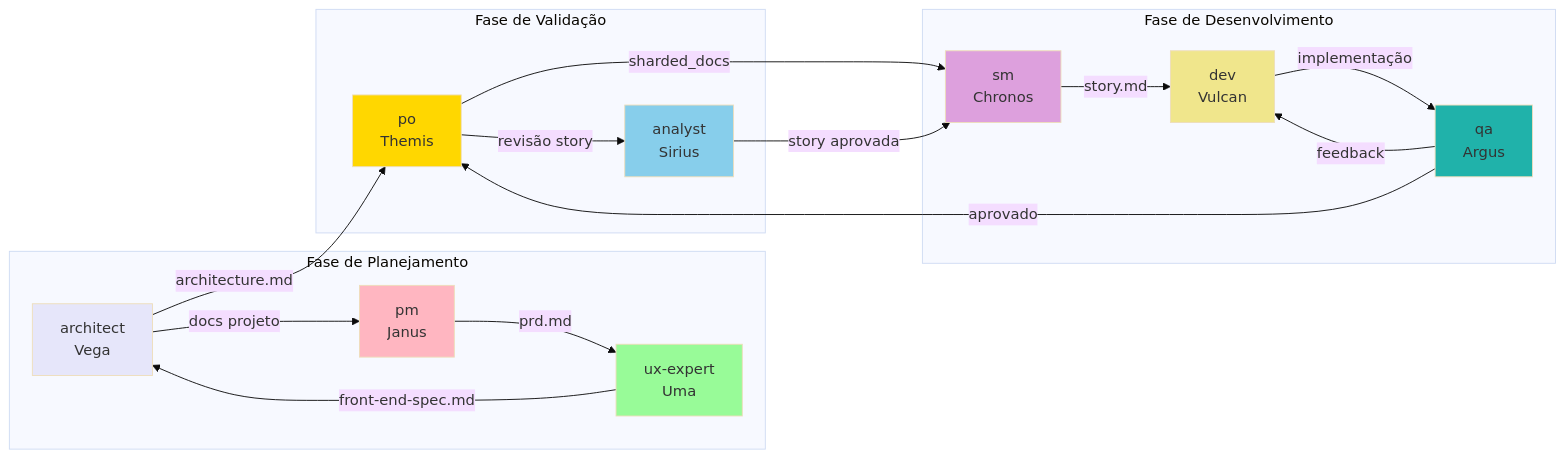
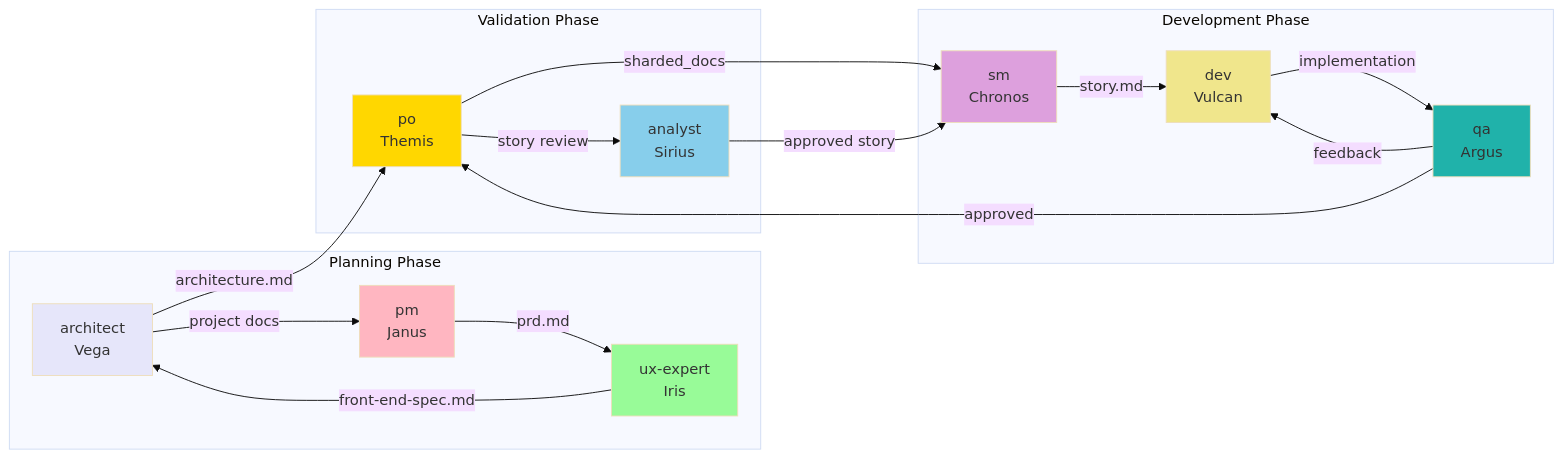
One commit to CyryxLabs/AEXOS changed the fourth of 7 diagrams in docs/aexos-workflows/brownfield-ui-workflow.md. Above: the diagram before and after it, drawn with Mermaid (base theme). The commit also changed other lines of this file and 528 other files, not shown here.

````diff
--- a/docs/aexos-workflows/brownfield-ui-workflow.md
+++ b/docs/aexos-workflows/brownfield-ui-workflow.md
@@ -427,42 +427,42 @@
 ```mermaid
 graph LR
-    subgraph "Fase de Planejamento"
+    subgraph "Planning Phase"
         ARCH[architect<br/>Vega]
         PM[pm<br/>Janus]
-        UX[ux-expert<br/>Uma]
+        UX[ux-expert<br/>Iris]
     end
 
-    subgraph "Fase de Validação"
+    subgraph "Validation Phase"
         PO[po<br/>Themis]
         ANALYST[analyst<br/>Sirius]
     end
 
-    subgraph "Fase de Desenvolvimento"
+    subgraph "Development Phase"
         SM[sm<br/>Chronos]
         DEV[dev<br/>Vulcan]
         QA[qa<br/>Argus]
     end
 
-    ARCH -->|docs projeto| PM
+    ARCH -->|project docs| PM
     PM -->|prd.md| UX
     UX -->|front-end-spec.md| ARCH
     ARCH -->|architecture.md| PO
 
     PO -->|sharded_docs| SM
-    PO -->|revisão story| ANALYST
-    ANALYST -->|story aprovada| SM
+    PO -->|story review| ANALYST
+    ANALYST -->|approved story| SM
 
     SM -->|story.md| DEV
-    DEV -->|implementação| QA
+    DEV -->|implementation| QA
     QA -->|feedback| DEV
-    QA -->|aprovado| PO
+    QA -->|approved| PO
 
     style ARCH fill:#E6E6FA
     style PM fill:#FFB6C1
     style UX fill:#98FB98
     style PO fill:#FFD700
     style ANALYST fill:#87CEEB
     style SM fill:#DDA0DD
     style DEV fill:#F0E68C
     style QA fill:#20B2AA
 ```
````
